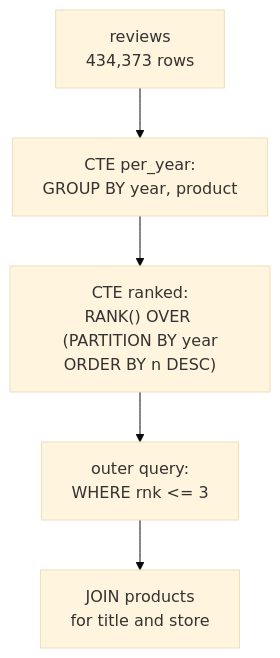
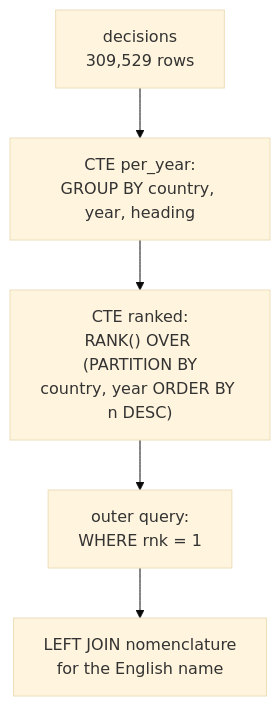
The second of 5 diagrams in sessions/03-sql-and-polars/theory/02-sql-from-python-and-ingestion.md (khoadaniel/statistical-programming-mpmd-htw-ws-2026), drawn with Mermaid (base theme) before and after one commit. The commit also changed other lines of this file and 268 other files, not shown here.

````diff
--- a/sessions/03-sql-and-polars/theory/02-sql-from-python-and-ingestion.md
+++ b/sessions/03-sql-and-polars/theory/02-sql-from-python-and-ingestion.md
@@ -41,7 +41,7 @@
 ```mermaid
 flowchart TB
-    T["reviews<br/>434,373 rows"] --> G["CTE per_year:<br/>GROUP BY year, product"]
-    G --> W["CTE ranked:<br/>RANK() OVER (PARTITION BY year<br/>ORDER BY n DESC)"]
-    W --> F["outer query:<br/>WHERE rnk &lt;= 3"]
-    F --> J["JOIN products<br/>for title and store"]
+    T["decisions<br/>309,529 rows"] --> G["CTE per_year:<br/>GROUP BY country, year, heading"]
+    G --> W["CTE ranked:<br/>RANK() OVER (PARTITION BY<br/>country, year ORDER BY n DESC)"]
+    W --> F["outer query:<br/>WHERE rnk = 1"]
+    F --> J["LEFT JOIN nomenclature<br/>for the English name"]
 ```
````
